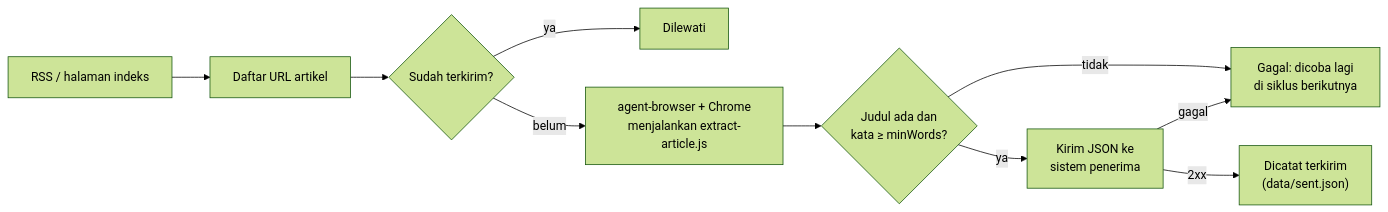
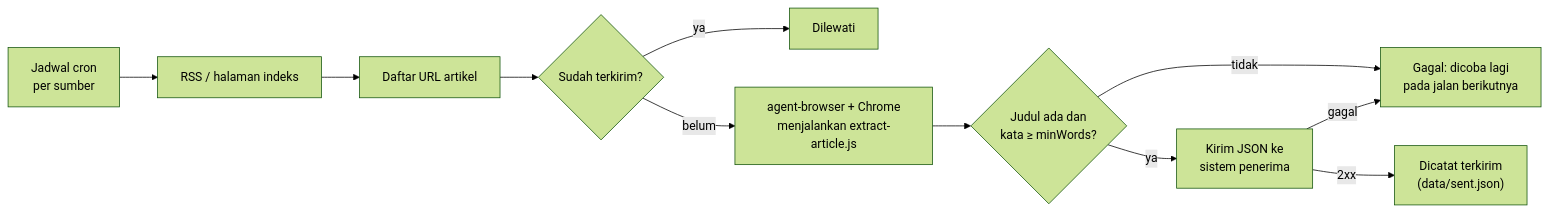
One commit to adehikmatfr/news-scrap changed the first of 5 diagrams in scraper/README.md. Above: the diagram before and after it, drawn with Mermaid (forest theme). The commit also changed other lines of this file and 35 other files, not shown here.

First line of the commit message:
Mode server dengan jadwal cron per sumber

````diff
--- a/scraper/README.md
+++ b/scraper/README.md
@@ -5,12 +7,13 @@
 ```mermaid
 flowchart LR
-    A["RSS / halaman indeks"] --> B["Daftar URL artikel"]
+    S["Jadwal cron<br/>per sumber"] --> A["RSS / halaman indeks"]
+    A --> B["Daftar URL artikel"]
     B --> C{"Sudah terkirim?"}
     C -- ya --> X["Dilewati"]
     C -- belum --> D["agent-browser + Chrome<br/>menjalankan extract-article.js"]
     D --> E{"Judul ada dan<br/>kata ≥ minWords?"}
-    E -- tidak --> F["Gagal: dicoba lagi<br/>di siklus berikutnya"]
+    E -- tidak --> F["Gagal: dicoba lagi<br/>pada jalan berikutnya"]
     E -- ya --> G["Kirim JSON ke<br/>sistem penerima"]
     G -- 2xx --> H["Dicatat terkirim<br/>(data/sent.json)"]
     G -- gagal --> F
 ```
````
